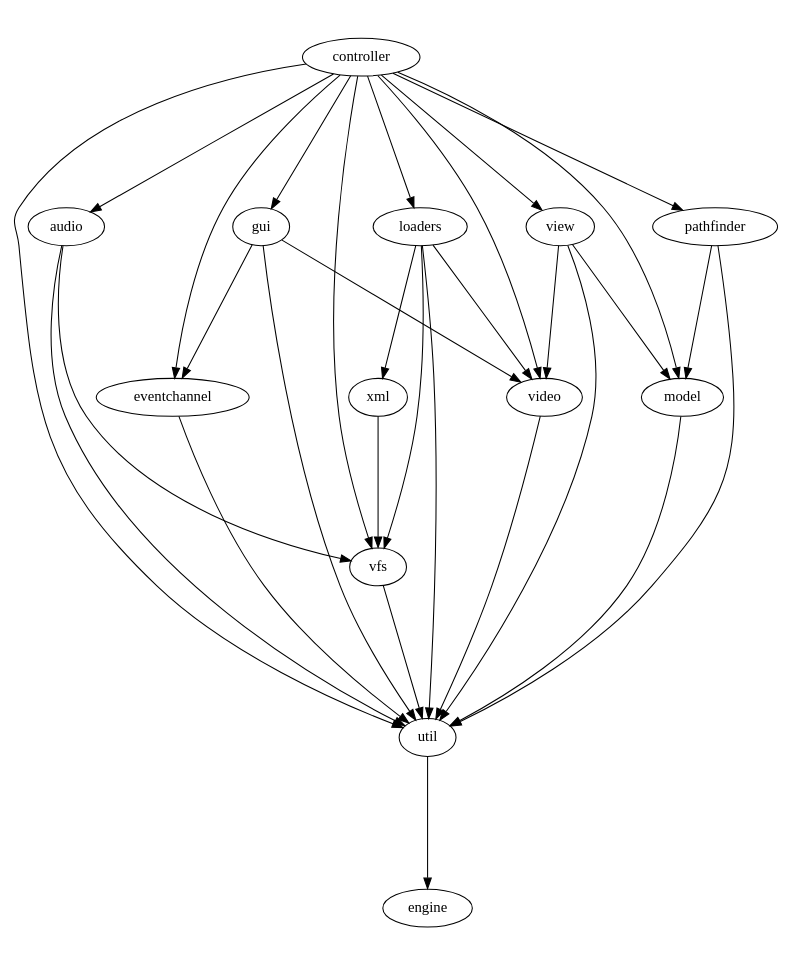
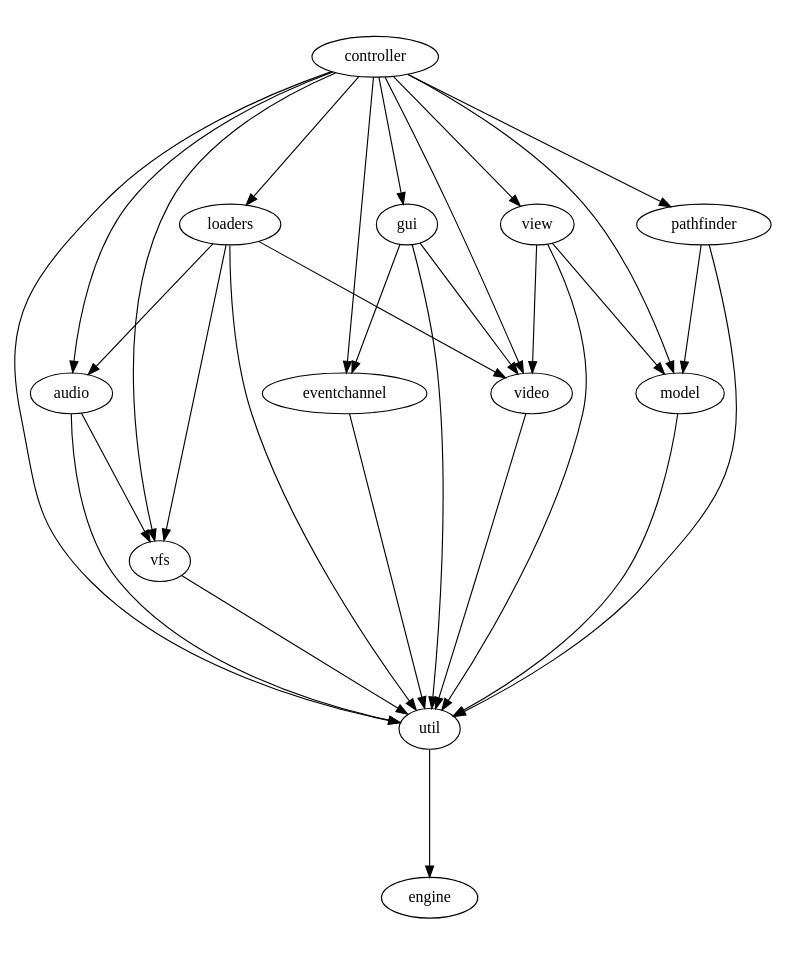
The diagram in doc/dependencies/moduledeps.dot (fifengine/fifengine), drawn with Graphviz before and after one commit. The commit also changed 363 other files, not shown here.

```diff
--- a/doc/dependencies/moduledeps.dot
+++ b/doc/dependencies/moduledeps.dot
@@ -1,38 +1,37 @@
 digraph "source tree" {
     overlap=scale;
     size="8,10";
     ratio="fill";
     fontsize="16";
     fontname="Helvetica";
     clusterrank="local";
     "audio" -> "util"
     "audio" -> "vfs"
     "controller" -> "audio"
     "controller" -> "eventchannel"
     "controller" -> "gui"
     "controller" -> "loaders"
     "controller" -> "model"
     "controller" -> "pathfinder"
     "controller" -> "util"
     "controller" -> "vfs"
     "controller" -> "video"
     "controller" -> "view"
     "eventchannel" -> "util"
     "gui" -> "eventchannel"
     "gui" -> "util"
     "gui" -> "video"
+    "loaders" -> "audio"
     "loaders" -> "util"
     "loaders" -> "vfs"
     "loaders" -> "video"
-    "loaders" -> "xml"
     "model" -> "util"
     "pathfinder" -> "model"
     "pathfinder" -> "util"
     "util" -> "engine"
     "vfs" -> "util"
     "video" -> "util"
     "view" -> "model"
     "view" -> "util"
     "view" -> "video"
-    "xml" -> "vfs"
 }
```
